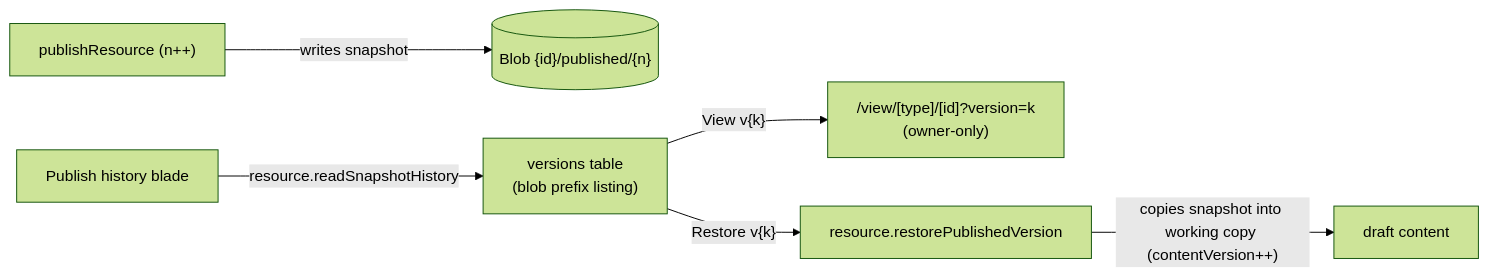
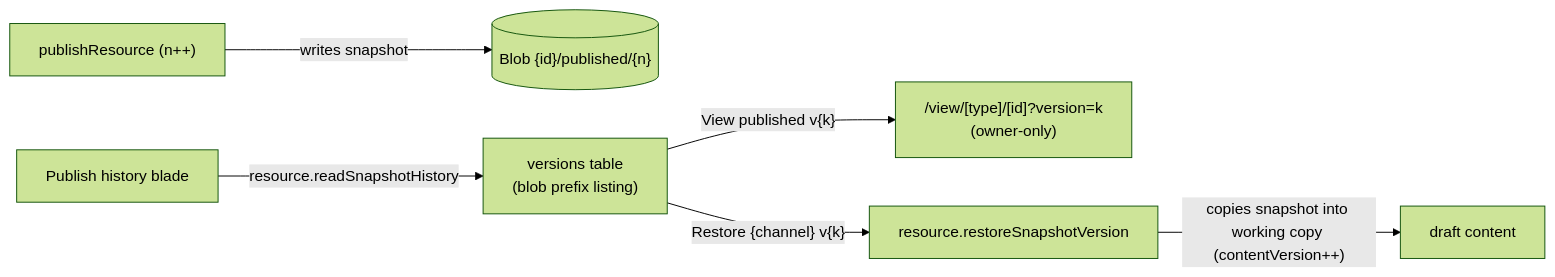
The diagram in packages/app/content/docs/platform/publish-history.md (Esposter/Esposter), drawn with Mermaid (forest theme) before and after one commit. The commit also changed other lines of this file and 11 other files, not shown here.

````diff
--- a/packages/app/content/docs/platform/publish-history.md
+++ b/packages/app/content/docs/platform/publish-history.md
@@ -14,8 +14,8 @@
 ```mermaid
 flowchart LR
   PUB["publishResource (n++)"] -->|"writes snapshot"| BLOB[("Blob {id}/published/{n}")]
   BLADE["Publish history blade"] -->|"resource.readSnapshotHistory"| LIST["versions table<br/>(blob prefix listing)"]
-  LIST -->|"View v{k}"| VIEW["/view/[type]/[id]?version=k<br/>(owner-only)"]
-  LIST -->|"Restore v{k}"| RESTORE["resource.restorePublishedVersion"]
+  LIST -->|"View published v{k}"| VIEW["/view/[type]/[id]?version=k<br/>(owner-only)"]
+  LIST -->|"Restore {channel} v{k}"| RESTORE["resource.restoreSnapshotVersion"]
   RESTORE -->|"copies snapshot into working copy (contentVersion++)"| DRAFT["draft content"]
 ```
````
